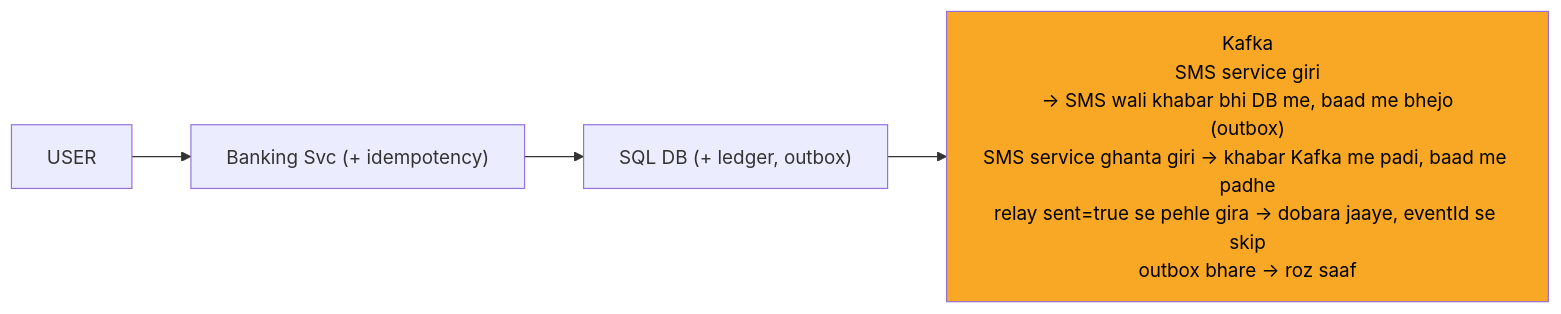
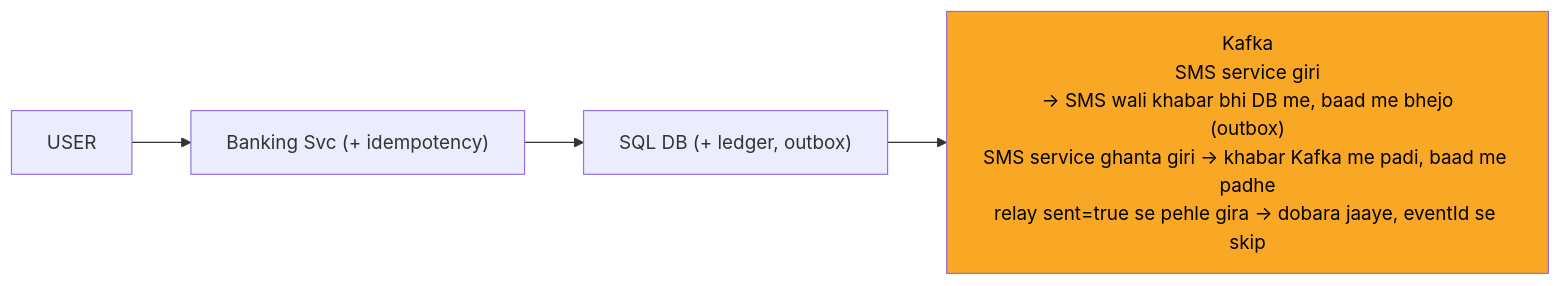
One commit to ArpanMaheshwari144/Prep changed the sixth of 13 diagrams in 04_HLD/SYSTEM_DESIGNS/13_banking_system/13_banking_system.md. Above: the diagram before and after it, drawn with Mermaid. The commit also changed other lines of this file and 13 other files, not shown here.

````diff
--- a/04_HLD/SYSTEM_DESIGNS/13_banking_system/13_banking_system.md
+++ b/04_HLD/SYSTEM_DESIGNS/13_banking_system/13_banking_system.md
@@ -204,12 +204,12 @@
 ```mermaid
 %%{init: {"flowchart": {"wrappingWidth": 450}}}%%
 flowchart LR
     n_USER["USER"]
     n_SVC["Banking Svc (+ idempotency)"]
     n_DB["SQL DB (+ ledger, outbox)"]
-    n_K["Kafka<br/>SMS service giri<br/>-> SMS wali khabar bhi DB me, baad me bhejo<br/>(outbox)<br/>SMS service ghanta giri -> khabar Kafka me padi, baad me padhe<br/>relay sent=true se pehle gira -> dobara jaaye, eventId se skip<br/>outbox bhare -> roz saaf"]
+    n_K["Kafka<br/>SMS service giri<br/>-> SMS wali khabar bhi DB me, baad me bhejo<br/>(outbox)<br/>SMS service ghanta giri -> khabar Kafka me padi, baad me padhe<br/>relay sent=true se pehle gira -> dobara jaaye, eventId se skip"]
     n_USER --> n_SVC
     n_SVC --> n_DB
     n_DB --> n_K
     style n_K fill:#f9a825,color:#000
 ```
````
